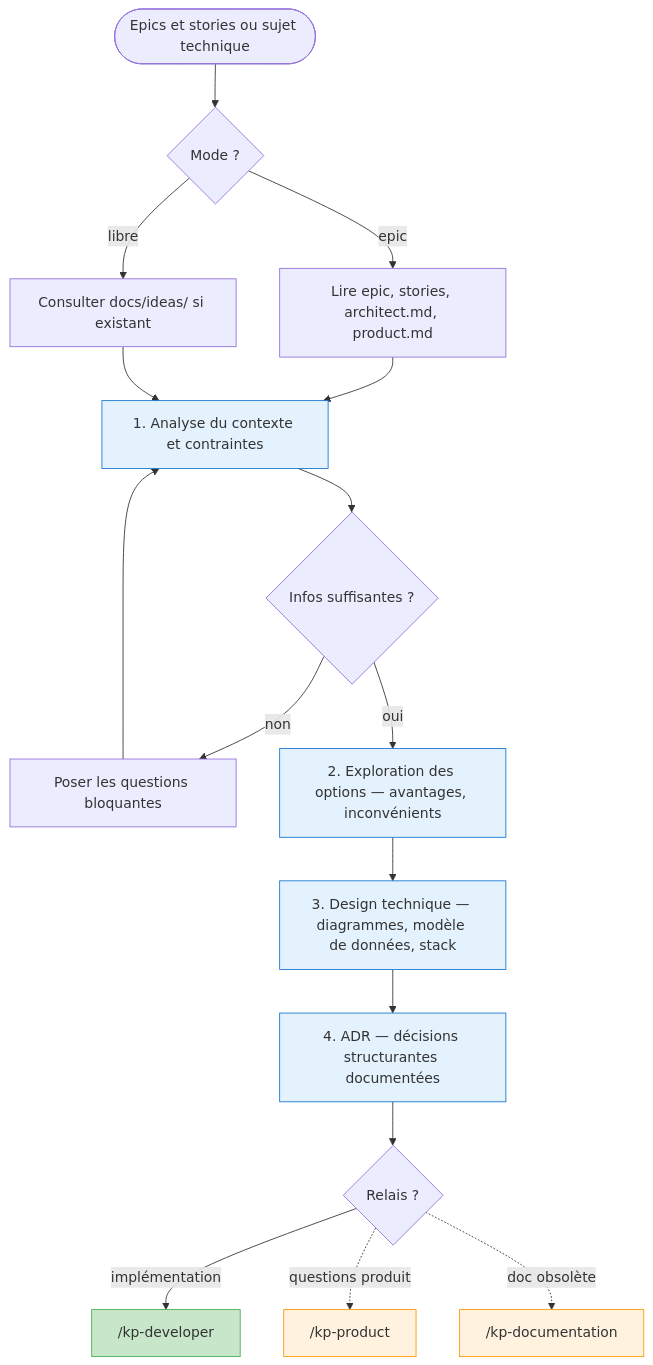
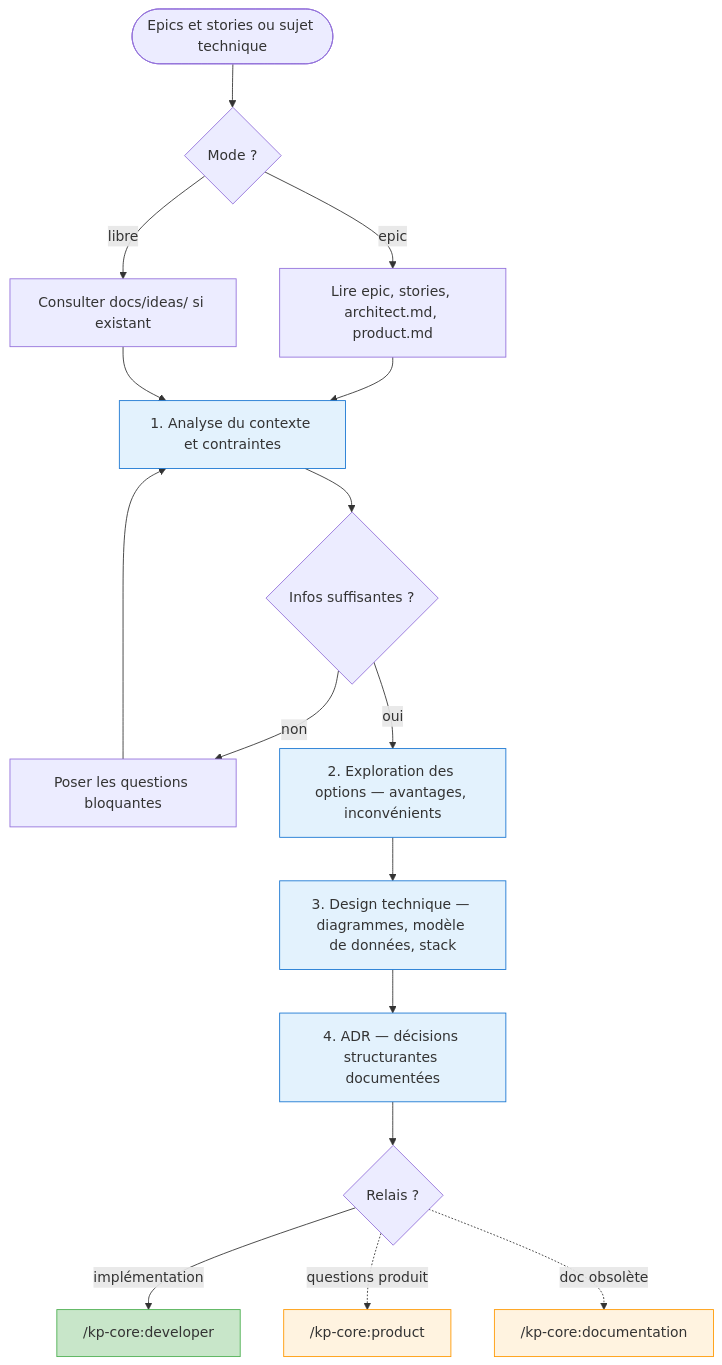
One commit to KeyProd/kp-agents changed the fourth of 8 diagrams in docs/agents.md. Above: the diagram before and after it, drawn with Mermaid. The commit also changed other lines of this file and 3 other files, not shown here.

First line of the commit message:
feat(S-0002): update documentation to reflect plugin marketplace architecture

````diff
--- a/docs/agents.md
+++ b/docs/agents.md
@@ -193,36 +166,36 @@
 ```mermaid
 flowchart TD
     START([Epics et stories ou sujet technique]) --> MODE{Mode ?}
     MODE -->|epic| READ_EPIC[Lire epic, stories, architect.md, product.md]
     MODE -->|libre| READ_IDEAS[Consulter docs/ideas/ si existant]
     READ_EPIC --> ANALYSE
     READ_IDEAS --> ANALYSE
 
     ANALYSE[1. Analyse du contexte et contraintes]
     ANALYSE --> STOP_A{Infos suffisantes ?}
     STOP_A -->|non| QUESTIONS[Poser les questions bloquantes]
     QUESTIONS --> ANALYSE
     STOP_A -->|oui| OPTIONS
 
     OPTIONS[2. Exploration des options — avantages, inconvénients]
     OPTIONS --> DESIGN
 
     DESIGN[3. Design technique — diagrammes, modèle de données, stack]
     DESIGN --> ADR
 
     ADR[4. ADR — décisions structurantes documentées]
     ADR --> OUT
 
     OUT{Relais ?}
-    OUT -->|implémentation| DEV["/kp-developer"]
-    OUT -.->|questions produit| PRODUCT["/kp-product"]
-    OUT -.->|doc obsolète| DOC["/kp-documentation"]
+    OUT -->|implémentation| DEV["/kp-core:developer"]
+    OUT -.->|questions produit| PRODUCT["/kp-core:product"]
+    OUT -.->|doc obsolète| DOC["/kp-core:documentation"]
 
     style ANALYSE fill:#e3f2fd,stroke:#1976D2
     style OPTIONS fill:#e3f2fd,stroke:#1976D2
     style DESIGN fill:#e3f2fd,stroke:#1976D2
     style ADR fill:#e3f2fd,stroke:#1976D2
     style DEV fill:#c8e6c9,stroke:#4CAF50
     style PRODUCT fill:#fff3e0,stroke:#FF9800
     style DOC fill:#fff3e0,stroke:#FF9800
 ```
````
